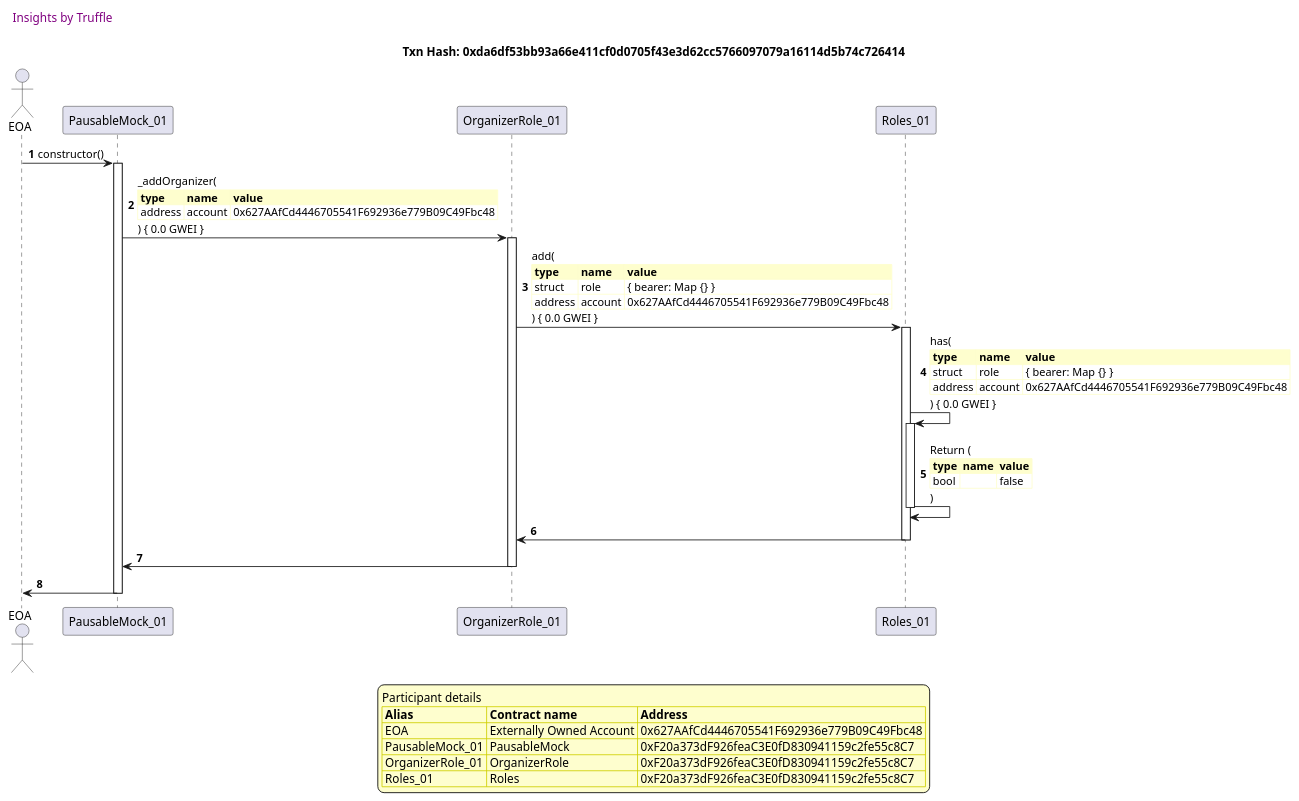
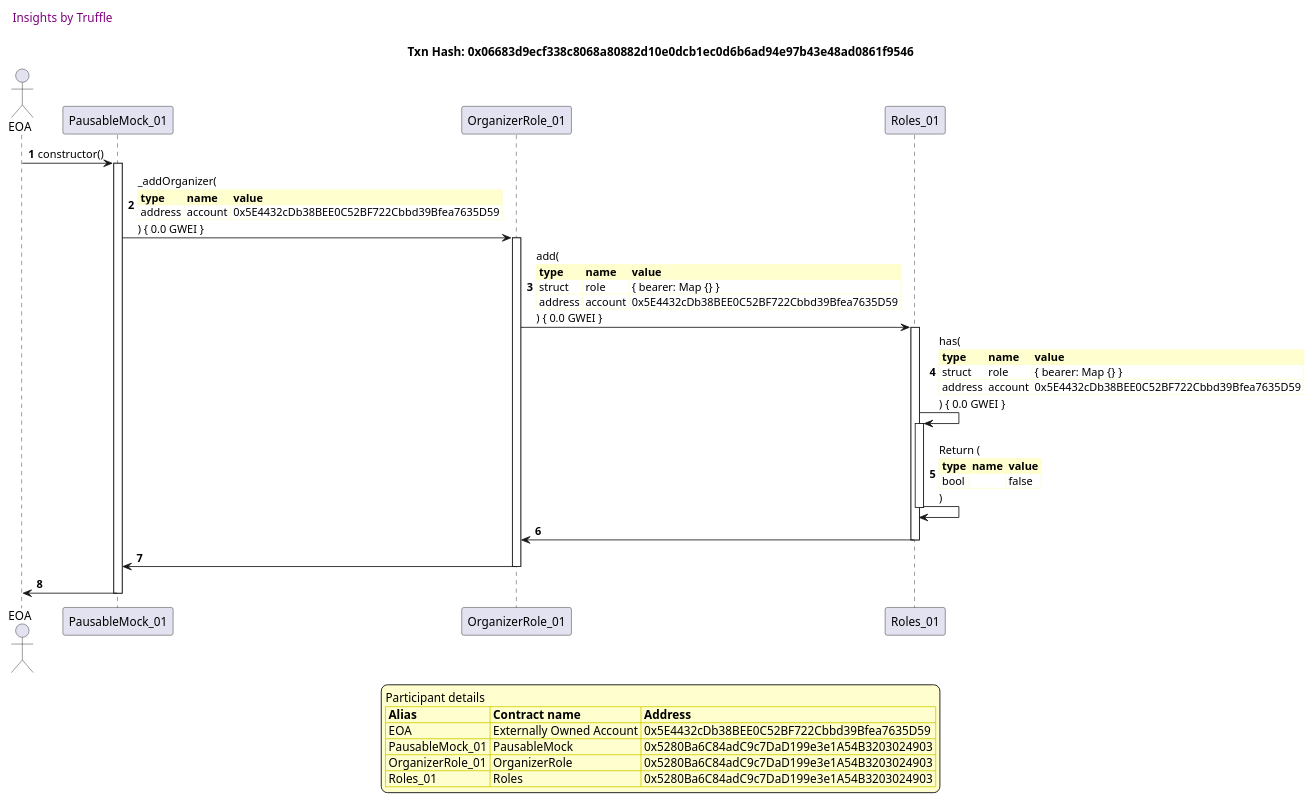
One commit to fodisi/hackapay changed the third of 12 diagrams in truffle-seq/lifecycle_pausable.md. Above: the diagram before and after it, drawn with PlantUML. The commit also changed other lines of this file and 10 other files, not shown here.

````diff
--- a/truffle-seq/lifecycle_pausable.md
+++ b/truffle-seq/lifecycle_pausable.md
@@ -131,61 +131,61 @@
 ```plantuml
 
 
 @startuml
 
 autonumber
 skinparam legendBackgroundColor #FEFECE
 
 <style>
       header {
         HorizontalAlignment left
         FontColor purple
         FontSize 14
         Padding 10
       }
     </style>
 
 header Insights by Truffle
 
-title Txn Hash: 0xda6df53bb93a66e411cf0d0705f43e3d62cc5766097079a16114d5b74c726414
+title Txn Hash: 0x06683d9ecf338c8068a80882d10e0dcb1ec0d6b6ad94e97b43e48ad0861f9546
 
 
 actor EOA as "EOA"
 participant PausableMock_01 as "PausableMock_01"
 participant OrganizerRole_01 as "OrganizerRole_01"
 participant Roles_01 as "Roles_01"
 
 "EOA" -> "PausableMock_01" ++: constructor()
 "PausableMock_01" -> "OrganizerRole_01" ++: _addOrganizer(\n\
 <#FEFECE,#FEFECE>|= type |= name |= value |\n\
-| address | account | 0x627AAfCd4446705541F692936e779B09C49Fbc48 |\n\
+| address | account | 0x5E4432cDb38BEE0C52BF722Cbbd39Bfea7635D59 |\n\
 ) { 0.0 GWEI }
 "OrganizerRole_01" -> "Roles_01" ++: add(\n\
 <#FEFECE,#FEFECE>|= type |= name |= value |\n\
 | struct | role | { bearer: Map {} } |\n\
-| address | account | 0x627AAfCd4446705541F692936e779B09C49Fbc48 |\n\
+| address | account | 0x5E4432cDb38BEE0C52BF722Cbbd39Bfea7635D59 |\n\
 ) { 0.0 GWEI }
 "Roles_01" -> "Roles_01" ++: has(\n\
 <#FEFECE,#FEFECE>|= type |= name |= value |\n\
 | struct | role | { bearer: Map {} } |\n\
-| address | account | 0x627AAfCd4446705541F692936e779B09C49Fbc48 |\n\
+| address | account | 0x5E4432cDb38BEE0C52BF722Cbbd39Bfea7635D59 |\n\
 ) { 0.0 GWEI }
 "Roles_01" -> "Roles_01" --: Return (\n\
 <#FEFECE,#FEFECE>|= type |= name |= value |\n\
 | bool |  | false |\n\
 )
 "Roles_01" -> "OrganizerRole_01" --: 
 "OrganizerRole_01" -> "PausableMock_01" --: 
 "PausableMock_01" -> "EOA" --: 
 
 legend
 Participant details
 <#FEFECE,#D0D000>|= Alias |= Contract name |= Address |
-<#FEFECE>| EOA | Externally Owned Account | 0x627AAfCd4446705541F692936e779B09C49Fbc48 |
-<#FEFECE>| PausableMock_01 | PausableMock | 0xF20a373dF926feaC3E0fD830941159c2fe55c8C7 |
-<#FEFECE>| OrganizerRole_01 | OrganizerRole | 0xF20a373dF926feaC3E0fD830941159c2fe55c8C7 |
-<#FEFECE>| Roles_01 | Roles | 0xF20a373dF926feaC3E0fD830941159c2fe55c8C7 |
+<#FEFECE>| EOA | Externally Owned Account | 0x5E4432cDb38BEE0C52BF722Cbbd39Bfea7635D59 |
+<#FEFECE>| PausableMock_01 | PausableMock | 0x5280Ba6C84adC9c7DaD199e3e1A54B3203024903 |
+<#FEFECE>| OrganizerRole_01 | OrganizerRole | 0x5280Ba6C84adC9c7DaD199e3e1A54B3203024903 |
+<#FEFECE>| Roles_01 | Roles | 0x5280Ba6C84adC9c7DaD199e3e1A54B3203024903 |
 endlegend
 
 @enduml
 ```
````
